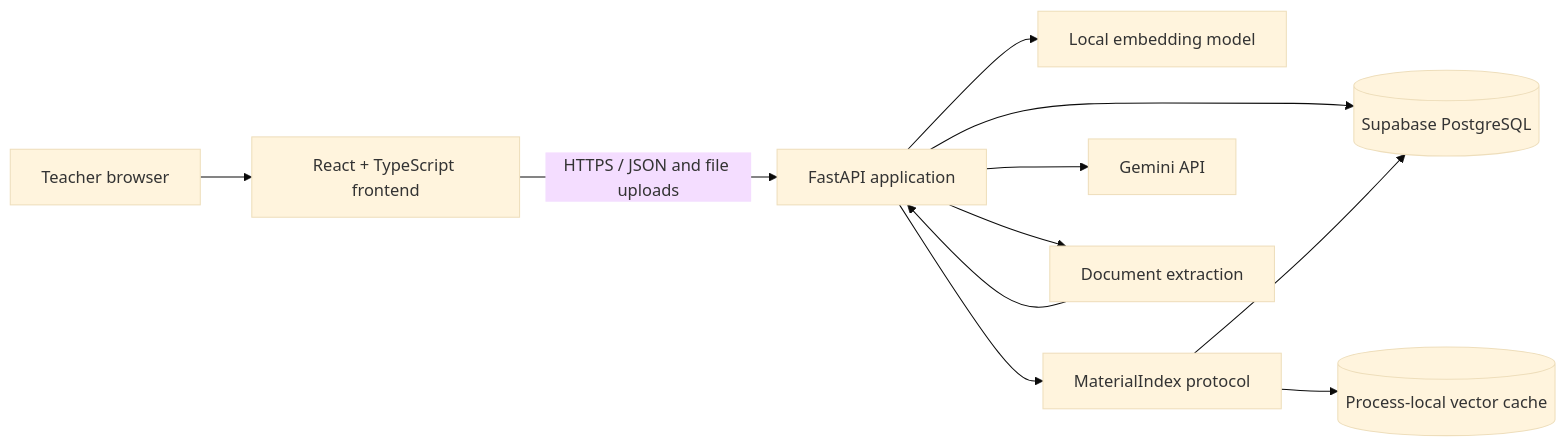
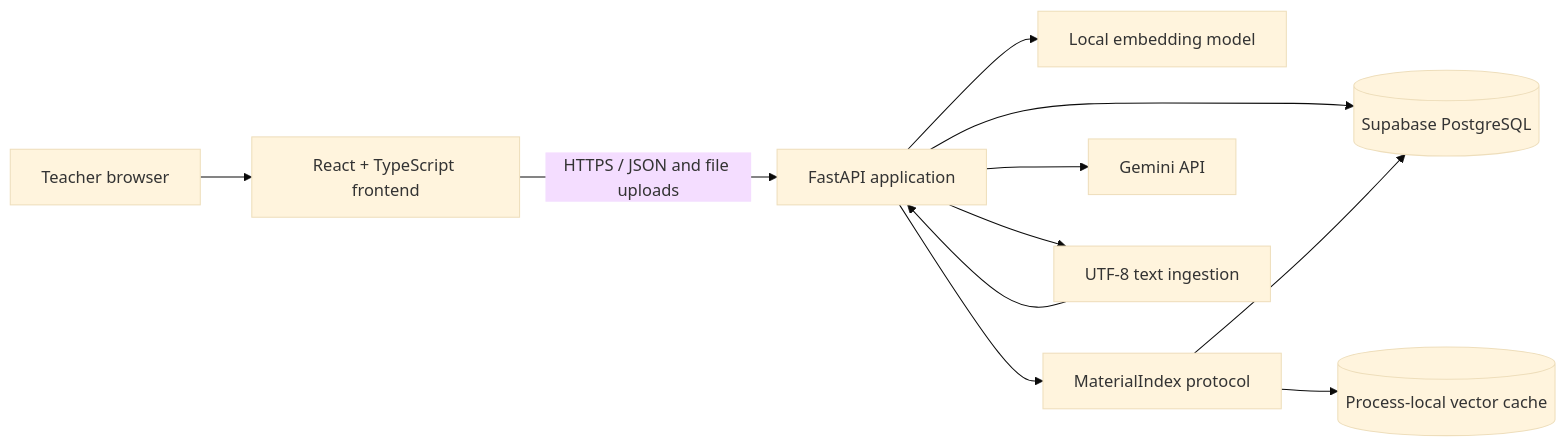
The diagram in docs/ARCHITECTURE.md (rayubaldo44/classlens), drawn with Mermaid (base theme) before and after one commit. The commit also changed other lines of this file and 11 other files, not shown here.

````diff
--- a/docs/ARCHITECTURE.md
+++ b/docs/ARCHITECTURE.md
@@ -20,13 +20,13 @@
 ```mermaid
 flowchart LR
     T[Teacher browser] --> F[React + TypeScript frontend]
     F -->|HTTPS / JSON and file uploads| A[FastAPI application]
     A --> D[(Supabase PostgreSQL)]
     A --> E[Local embedding model]
     A --> I[MaterialIndex protocol]
     I --> D
     I --> IM[(Process-local vector cache)]
     A --> L[Gemini API]
-    A --> X[Document extraction]
+    A --> X[UTF-8 text ingestion]
     X --> A
 ```
````
